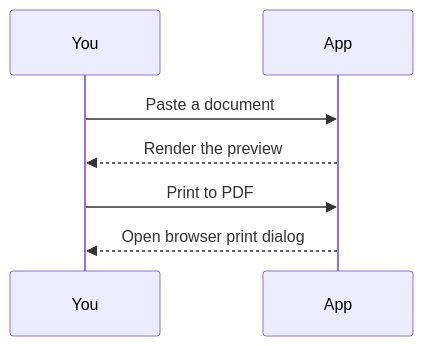
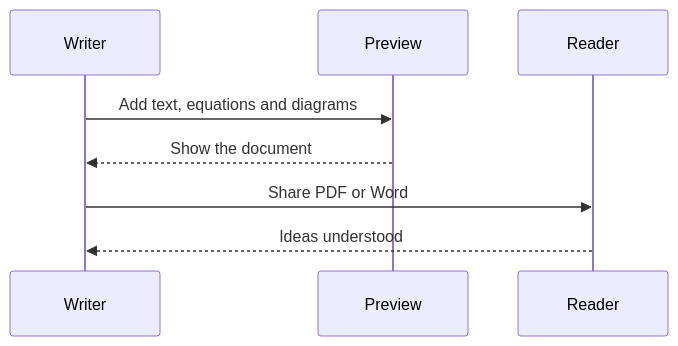
One commit to Harshnath628/MD2PDF changed the second of 4 diagrams in sample.md. Above: the diagram before and after it, drawn with Mermaid. The commit also changed other lines of this file and 19 other files, not shown here.

````diff
--- a/sample.md
+++ b/sample.md
@@ -72,9 +123,10 @@
 ```mermaid
 sequenceDiagram
-    participant You
-    participant App
-    You->>App: Paste a document
-    App-->>You: Render the preview
-    You->>App: Print to PDF
-    App-->>You: Open browser print dialog
+    participant Writer
+    participant Preview
+    participant Reader
+    Writer->>Preview: Add text, equations and diagrams
+    Preview-->>Writer: Show the document
+    Writer->>Reader: Share PDF or Word
+    Reader-->>Writer: Ideas understood
 ```
````
